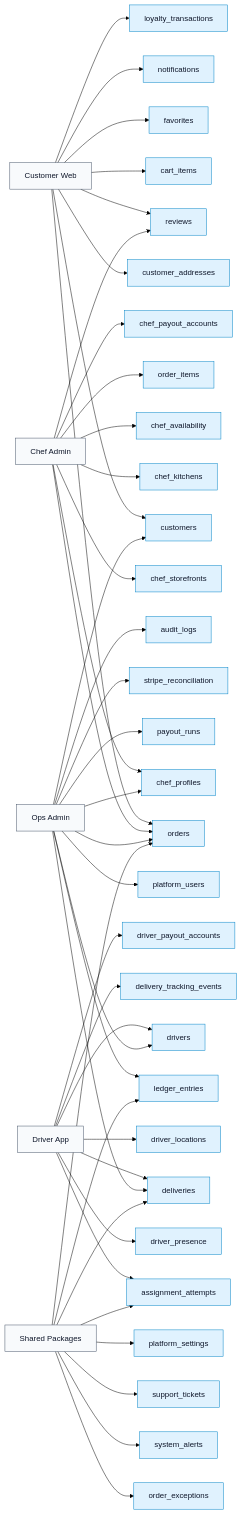
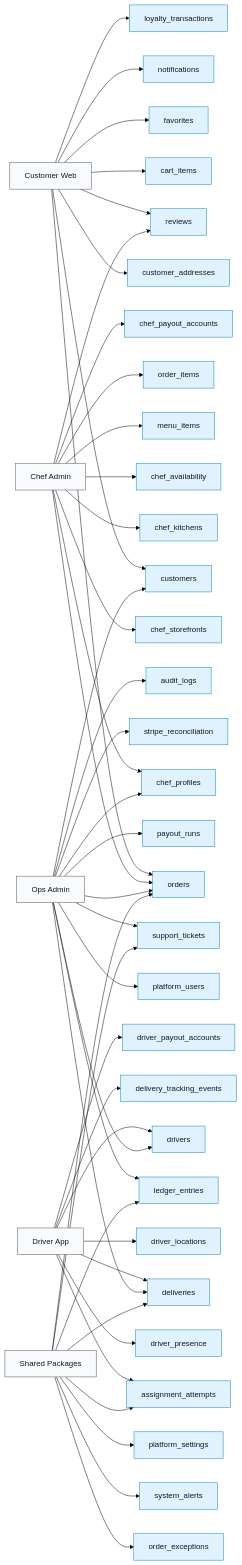
One commit to Ritenoob/ridendine-marketplace changed the second of 11 diagrams in docs/architecture/supabase/SUPABASE_SQL_DIAGRAM.md. Above: the diagram before and after it, drawn with Mermaid (forest theme). The commit also changed other lines of this file and 50 other files, not shown here.

```diff
--- a/docs/architecture/supabase/SUPABASE_SQL_DIAGRAM.md
+++ b/docs/architecture/supabase/SUPABASE_SQL_DIAGRAM.md
@@ -79,6 +79,8 @@
   ChefAdmin --> table_chef_kitchens
   table_chef_availability["chef_availability"]:::table
   ChefAdmin --> table_chef_availability
+  table_menu_items["menu_items"]:::table
+  ChefAdmin --> table_menu_items
   table_orders["orders"]:::table
   ChefAdmin --> table_orders
   table_order_items["order_items"]:::table
@@ -121,6 +123,8 @@
   OpsAdmin --> table_payout_runs
   table_stripe_reconciliation["stripe_reconciliation"]:::table
   OpsAdmin --> table_stripe_reconciliation
+  table_support_tickets["support_tickets"]:::table
+  OpsAdmin --> table_support_tickets
   table_audit_logs["audit_logs"]:::table
   OpsAdmin --> table_audit_logs
   SharedPackages["Shared Packages"]:::surface
```
